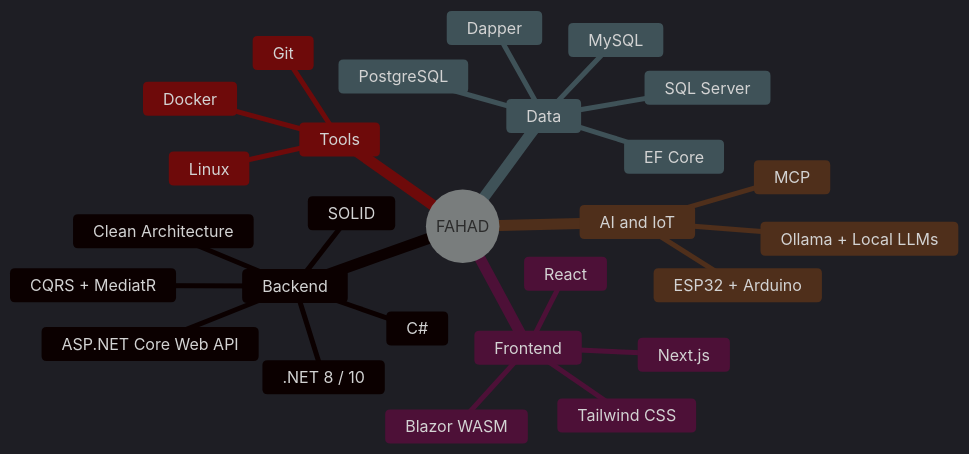
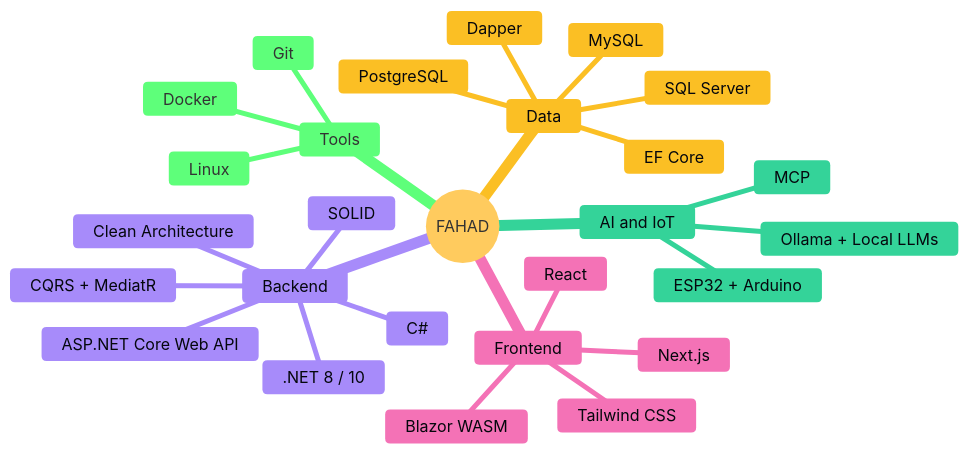
One commit to FahadHasan8386/FahadHasan8386 changed the first of 3 diagrams in README.md. Above: the diagram before and after it, drawn with Mermaid. The commit also changed other lines of this file, not shown here.

````diff
--- a/README.md
+++ b/README.md
@@ -57,31 +78,31 @@
 ```mermaid
-%%{init: {'theme':'dark'}}%%
+%%{init: {'theme':'base','themeVariables':{'cScale0':'#22d3ee','cScale1':'#a78bfa','cScale2':'#f472b6','cScale3':'#fbbf24','cScale4':'#34d399','cScaleLabel0':'#05070d','cScaleLabel1':'#05070d','cScaleLabel2':'#05070d','cScaleLabel3':'#05070d','cScaleLabel4':'#05070d'}}}%%
 mindmap
   root((FAHAD))
     Backend
       C#
       .NET 8 / 10
       ASP.NET Core Web API
       Clean Architecture
       CQRS + MediatR
       SOLID
     Frontend
       Blazor WASM
       React
       Next.js
       Tailwind CSS
     Data
       SQL Server
       PostgreSQL
       MySQL
       Dapper
       EF Core
     AI and IoT
       Ollama + Local LLMs
       MCP
       ESP32 + Arduino
     Tools
       Docker
       Git
       Linux
 ```
````
